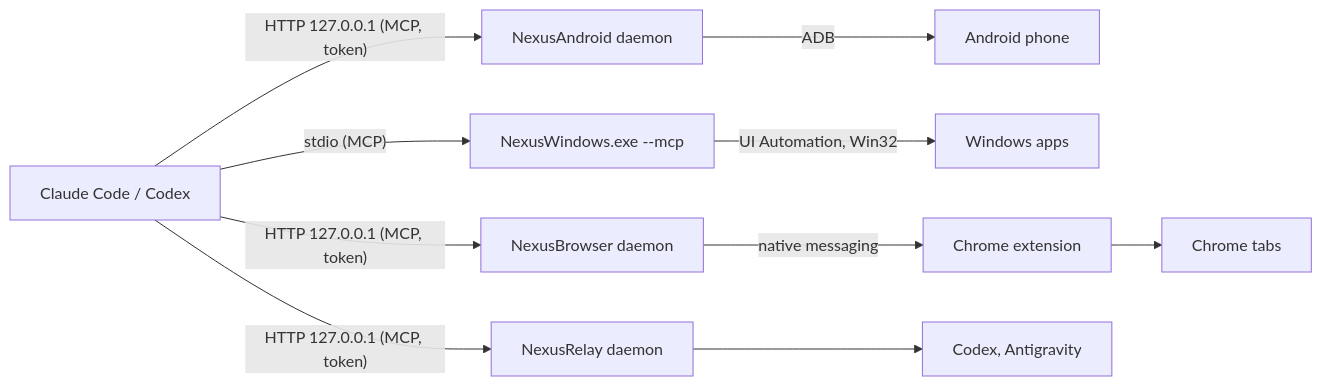
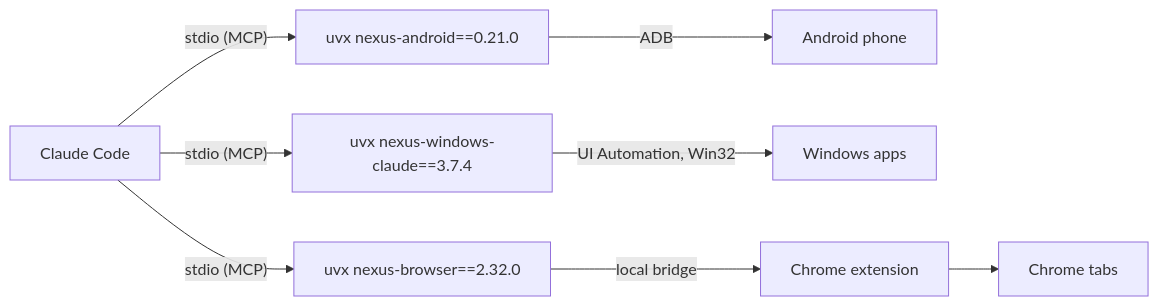
One commit to pironjulien/NexusSystem changed the diagram in README.md. Above: the diagram before and after it, drawn with Mermaid. The commit also changed other lines of this file and 49 other files, not shown here.

````diff
--- a/README.md
+++ b/README.md
@@ -146,7 +157,6 @@
 ```mermaid
 flowchart LR
-    C["Claude Code / Codex"] -- "HTTP 127.0.0.1 (MCP, token)" --> A["NexusAndroid daemon"] -- ADB --> P["Android phone"]
-    C -- "stdio (MCP)" --> W["NexusWindows.exe --mcp"] -- "UI Automation, Win32" --> D["Windows apps"]
-    C -- "HTTP 127.0.0.1 (MCP, token)" --> B["NexusBrowser daemon"] -- "native messaging" --> E["Chrome extension"] --> T["Chrome tabs"]
-    C -- "HTTP 127.0.0.1 (MCP, token)" --> R["NexusRelay daemon"] --> O["Codex, Antigravity"]
+    C["Claude Code"] -- "stdio (MCP)" --> A["uvx nexus-android==0.21.0"] -- ADB --> P["Android phone"]
+    C -- "stdio (MCP)" --> W["uvx nexus-windows-claude==3.7.4"] -- "UI Automation, Win32" --> D["Windows apps"]
+    C -- "stdio (MCP)" --> B["uvx nexus-browser==2.32.0"] -- "local bridge" --> E["Chrome extension"] --> T["Chrome tabs"]
 ```
````
